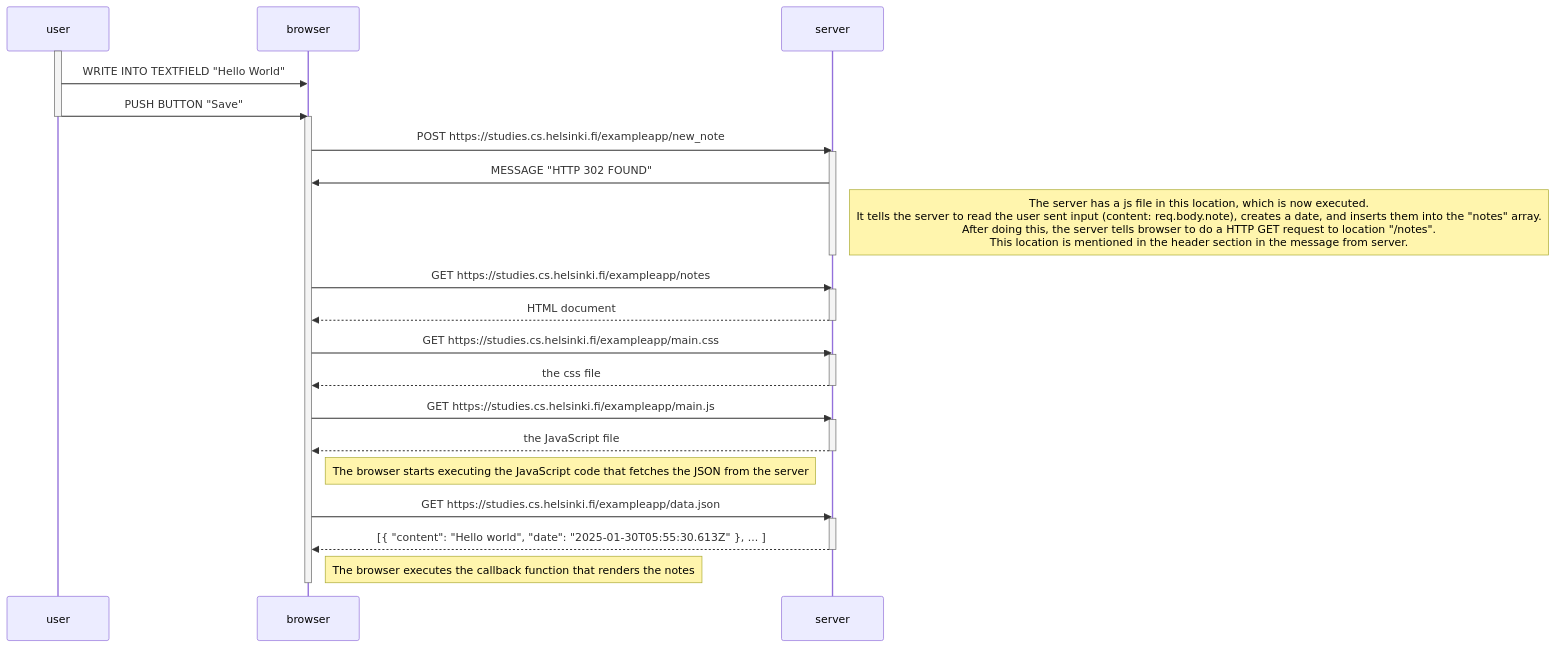
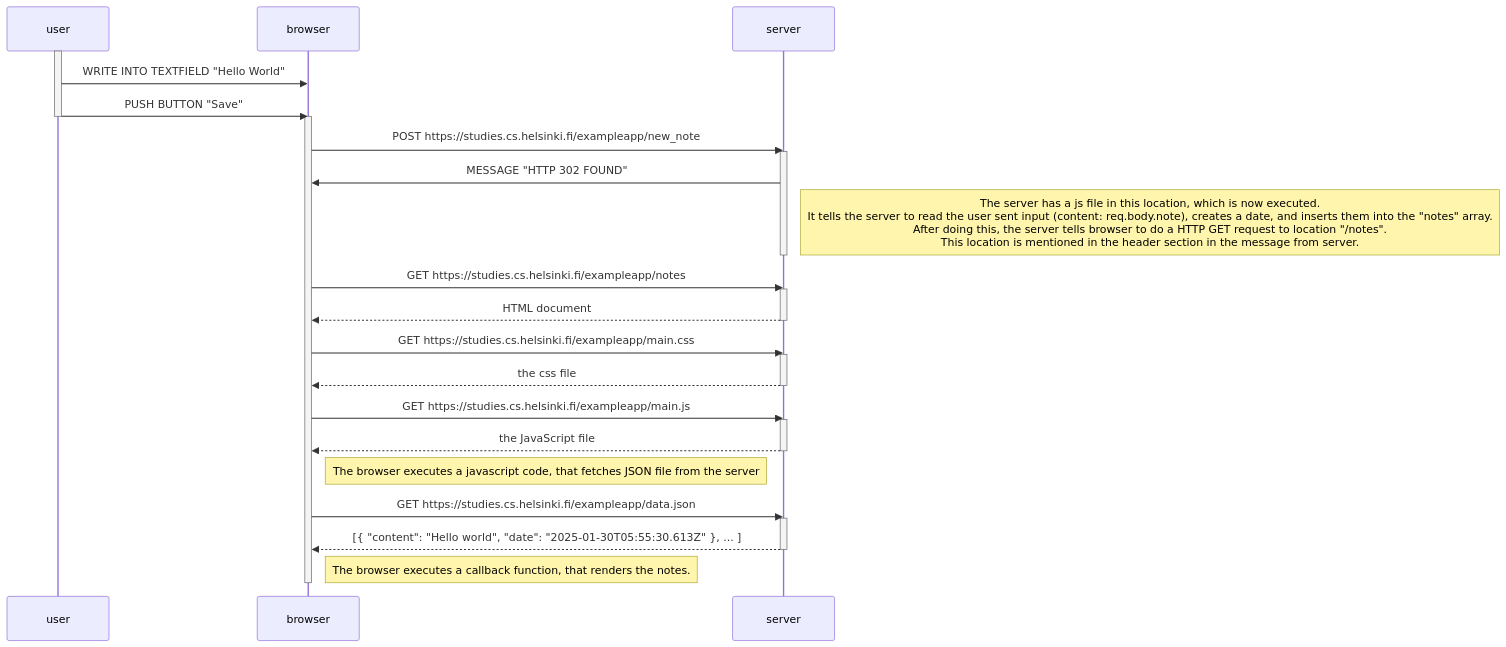
The diagram in Palautusrepositorio/Osa0/Tehtävä 0.4.md (Nummuliitti/Fullstack-HY), drawn with Mermaid before and after one commit.

Commit message:
tehtävän 0.4 korjaus

````diff
--- a/Palautusrepositorio/Osa0/Tehtävä 0.4.md
+++ b/Palautusrepositorio/Osa0/Tehtävä 0.4.md
@@ -1,43 +1,41 @@
 ```mermaid
 
 sequenceDiagram
     participant user
     participant browser
     participant server
     activate user
     user->>browser: WRITE INTO TEXTFIELD "Hello World"
     user->>browser: PUSH BUTTON "Save"
     deactivate user
     activate browser
 
     browser->>server: POST https://studies.cs.helsinki.fi/exampleapp/new_note
     activate server
     server->>browser: MESSAGE "HTTP 302 FOUND"
     Note right of server: The server has a js file in this location, which is now executed.<br>It tells the server to read the user sent input (content: req.body.note), creates a date, and inserts them into the "notes" array.<br>After doing this, the server tells browser to do a HTTP GET request to location "/notes".<br>This location is mentioned in the header section in the message from server.
     deactivate server
 
     browser->>server: GET https://studies.cs.helsinki.fi/exampleapp/notes
     activate server
     server-->>browser: HTML document
     deactivate server
     
     browser->>server: GET https://studies.cs.helsinki.fi/exampleapp/main.css
     activate server
     server-->>browser: the css file
     deactivate server
     
     browser->>server: GET https://studies.cs.helsinki.fi/exampleapp/main.js
     activate server
     server-->>browser: the JavaScript file
     deactivate server
-
-    Note right of browser: The browser starts executing the JavaScript code that fetches the JSON from the server
-    
+    Note right of browser: The browser executes a javascript code, that fetches JSON file from the server
     browser->>server: GET https://studies.cs.helsinki.fi/exampleapp/data.json
     activate server
     server-->>browser: [{ "content": "Hello world", "date": "2025-01-30T05:55:30.613Z" }, ... ]
     deactivate server    
-    Note right of browser: The browser executes the callback function that renders the notes 
+    Note right of browser: The browser executes a callback function, that renders the notes.
     deactivate browser
     
 ```
````
